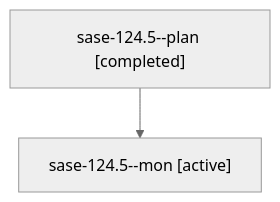
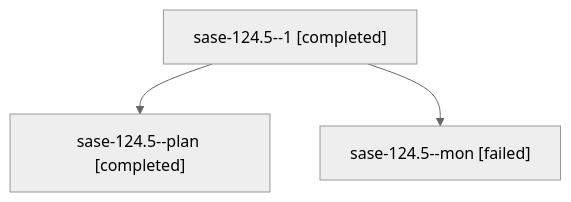
The diagram in families/bbugyi200.athena.sase-124.5.md (sase-org/sase--agents), drawn with Mermaid (neutral theme) before and after one commit. The commit also changed other lines of this file and 39 other files, not shown here.

````diff
--- a/families/bbugyi200.athena.sase-124.5.md
+++ b/families/bbugyi200.athena.sase-124.5.md
@@ -9,6 +9,8 @@
 ```mermaid
 flowchart TD
-  n0["sase-124.5--plan [completed]"]
-  n1["sase-124.5--mon [active]"]
+  n0["sase-124.5--1 [completed]"]
+  n1["sase-124.5--plan [completed]"]
   n0 --> n1
+  n2["sase-124.5--mon [failed]"]
+  n0 --> n2
 ```
````
